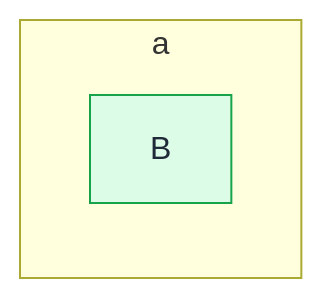
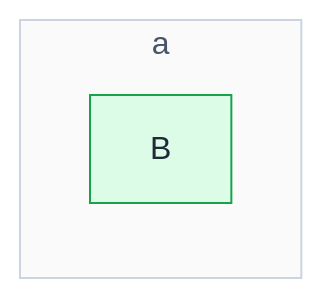
The fourth of 5 diagrams in internal/render/testdata/note.golden.md (Ullauri/shapediff), drawn with Mermaid before and after one commit. The commit also changed other lines of this file and 14 other files, not shown here.

````diff
--- a/internal/render/testdata/note.golden.md
+++ b/internal/render/testdata/note.golden.md
@@ -121,8 +128,10 @@
 ```mermaid
 flowchart LR
   classDef added fill:#dcfce7,stroke:#16a34a,color:#1f2937
+  classDef box fill:#fafafa,stroke:#cbd5e1,color:#475569
   subgraph sge40c292c["a"]
     na90b54ed["B"]
   end
+  class sge40c292c box
   class na90b54ed added
 ```
````
